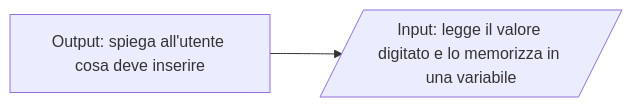
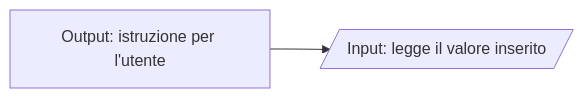
One commit to Federob/infohandouts changed the second of 7 diagrams in docs/algocoding/01_flowgorithm.md. Above: the diagram before and after it, drawn with Mermaid. The commit also changed other lines of this file, not shown here.

````diff
--- a/docs/algocoding/01_flowgorithm.md
+++ b/docs/algocoding/01_flowgorithm.md
@@ -50,4 +49,4 @@
 ```mermaid
 flowchart LR
-    A["Output: spiega all'utente cosa deve inserire"] --> B[/"Input: legge il valore digitato e lo memorizza in una variabile"/]
+    A["Output: istruzione per l'utente"] --> B[/"Input: legge il valore inserito"/]
 ```
````
